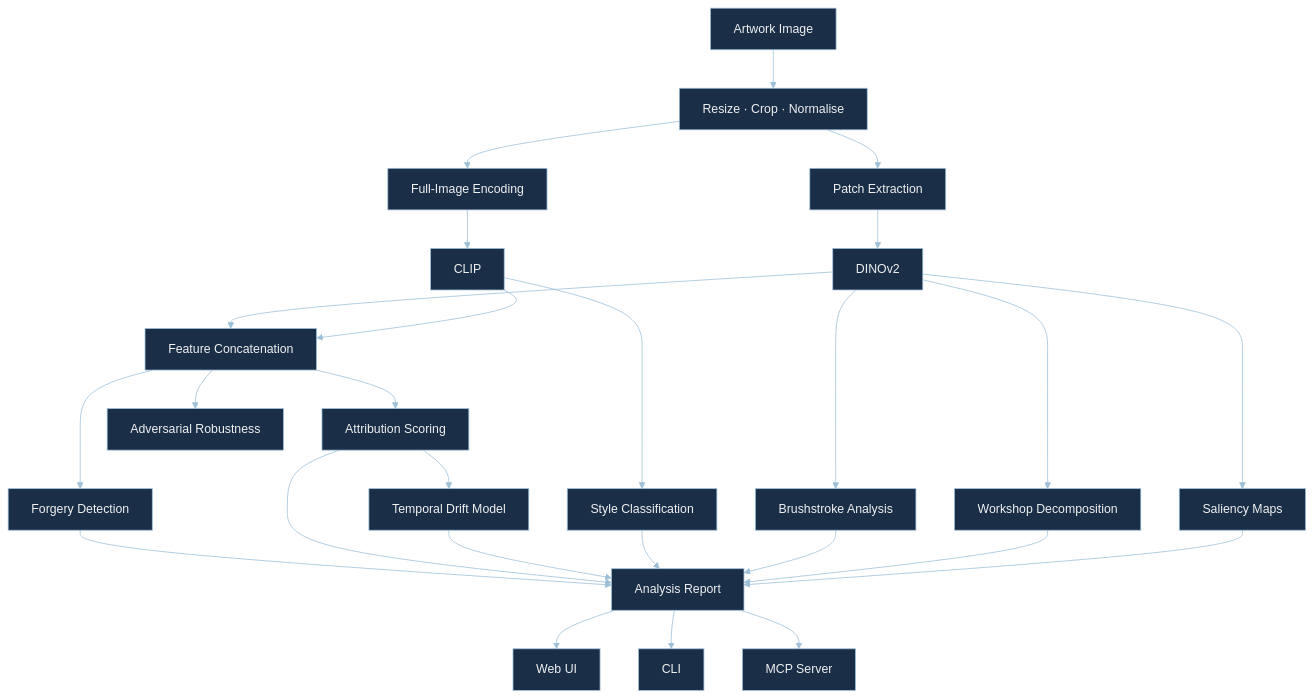
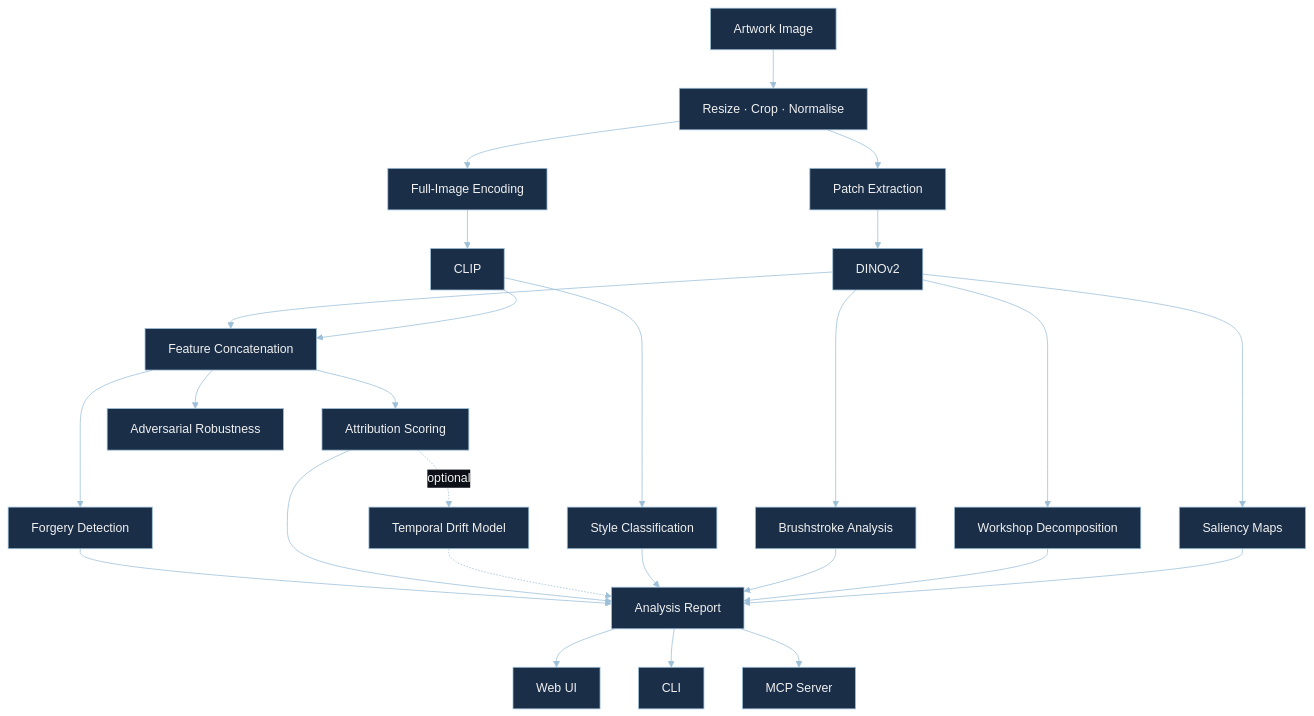
One commit to ladyFaye1998/ArtSleuth changed the diagram in README.md. Above: the diagram before and after it, drawn with Mermaid. The commit also changed other lines of this file and 18 other files, not shown here.

````diff
--- a/README.md
+++ b/README.md
@@ -117,39 +117,40 @@
 ```mermaid
 %%{init: {'theme': 'base', 'themeVariables': {'primaryColor': '#1A2E48', 'primaryTextColor': '#F0F0F0', 'primaryBorderColor': '#9DC0D8', 'lineColor': '#9DC0D8', 'secondaryColor': '#1A2E48', 'tertiaryColor': '#1A2E48', 'edgeLabelBackground': '#0D1117', 'clusterBkg': '#0D1117', 'clusterBorder': '#9DC0D8', 'titleColor': '#9DC0D8'}}}%%
 
 graph TD
+    %% Temporal drift is optional (off by default; needs user TemporalRegistry data)
     Input["Artwork Image"] --> Resize["Resize · Crop · Normalise"]
 
     Resize --> Patches["Patch Extraction"]
     Resize --> FullImage["Full-Image Encoding"]
 
     Patches --> DINO["DINOv2"]
     FullImage --> CLIPEnc["CLIP"]
 
     DINO --> Brushstroke["Brushstroke Analysis"]
     DINO --> WorkshopNode["Workshop Decomposition"]
     CLIPEnc --> Style["Style Classification"]
 
     DINO --> Concat["Feature Concatenation"]
     CLIPEnc --> Concat
 
     Concat --> Attribution["Attribution Scoring"]
-    Attribution --> Temporal["Temporal Drift Model"]
+    Attribution -.->|optional| Temporal["Temporal Drift Model"]
 
     Concat --> Forgery["Forgery Detection"]
     Concat --> Adversarial["Adversarial Robustness"]
 
     DINO --> Explain["Saliency Maps"]
 
     Forgery --> Report["Analysis Report"]
     Attribution --> Report
-    Temporal --> Report
+    Temporal -.-> Report
     Style --> Report
     Brushstroke --> Report
     WorkshopNode --> Report
     Explain --> Report
 
     Report --> WebUI["Web UI"]
     Report --> CLI["CLI"]
     Report --> MCP["MCP Server"]
 ```
````
